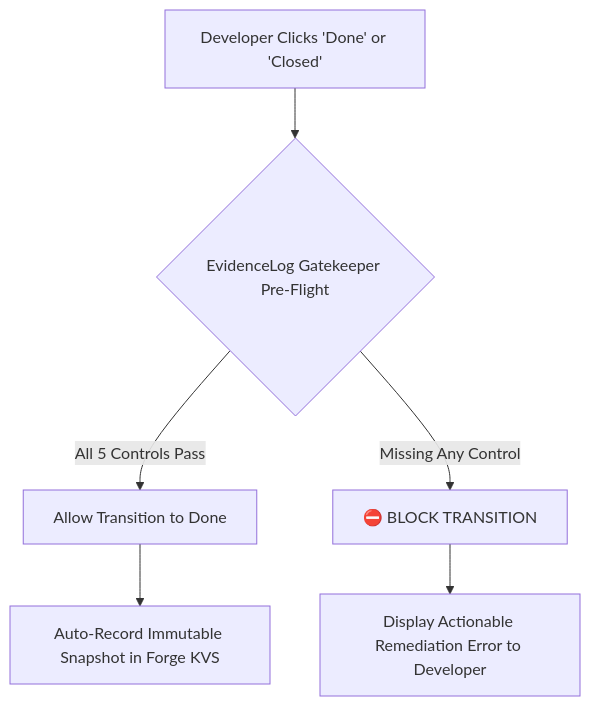
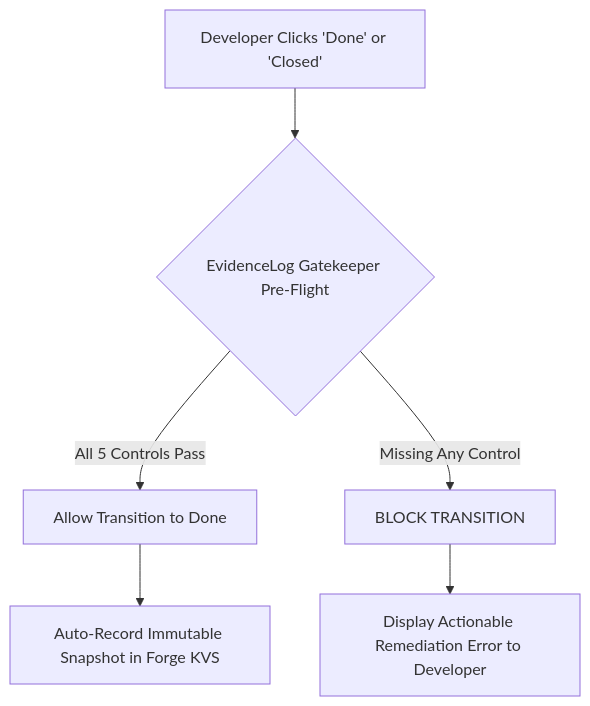
The diagram in public/docs/evidencelog-user-guide.md (stuon/langtago), drawn with Mermaid before and after one commit. The commit also changed other lines of this file and 13 other files, not shown here.

````diff
--- a/public/docs/evidencelog-user-guide.md
+++ b/public/docs/evidencelog-user-guide.md
@@ -197,8 +197,8 @@
 ```mermaid
 graph TD
     A["Developer Clicks 'Done' or 'Closed'"] --> B{"EvidenceLog Gatekeeper Pre-Flight"}
     B -->|All 5 Controls Pass| C["Allow Transition to Done"]
     C --> D["Auto-Record Immutable Snapshot in Forge KVS"]
-    B -->|Missing Any Control| E["⛔ BLOCK TRANSITION"]
+    B -->|Missing Any Control| E["BLOCK TRANSITION"]
     E --> F["Display Actionable Remediation Error to Developer"]
 ```
````
